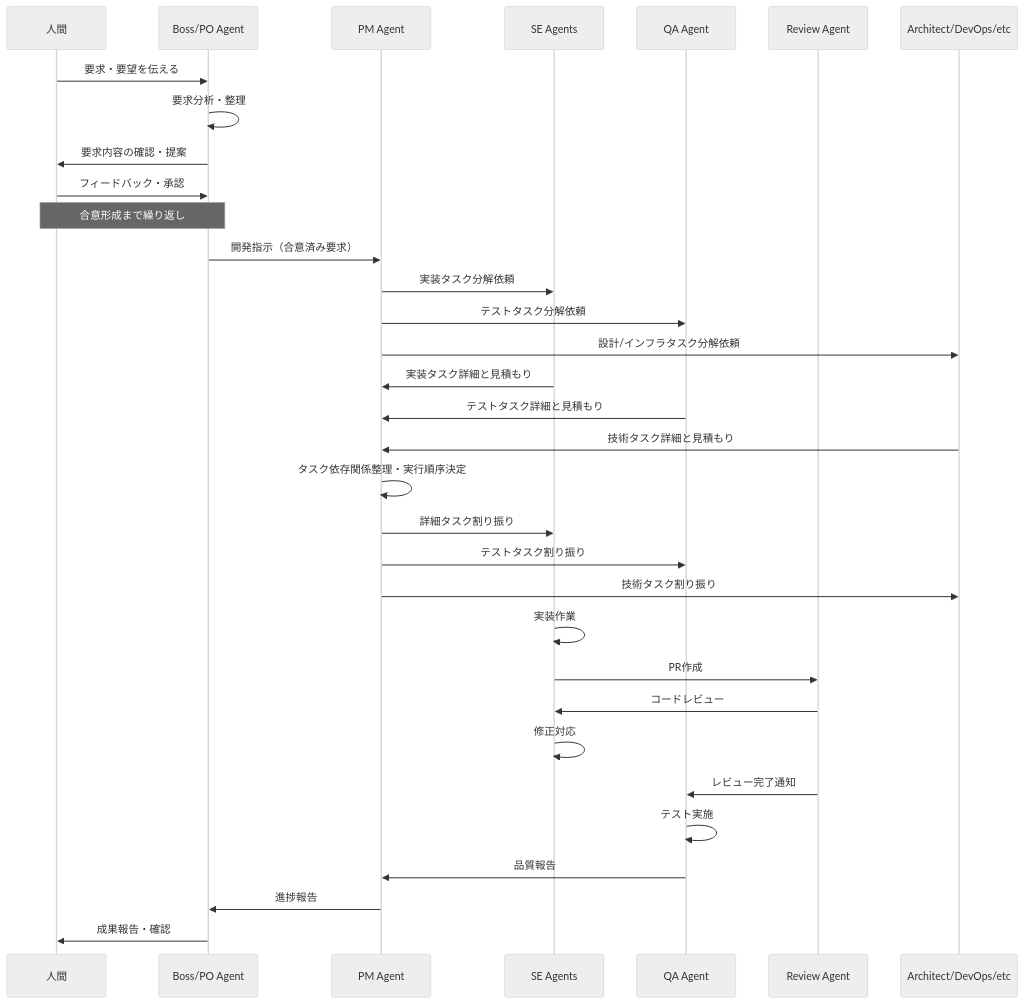
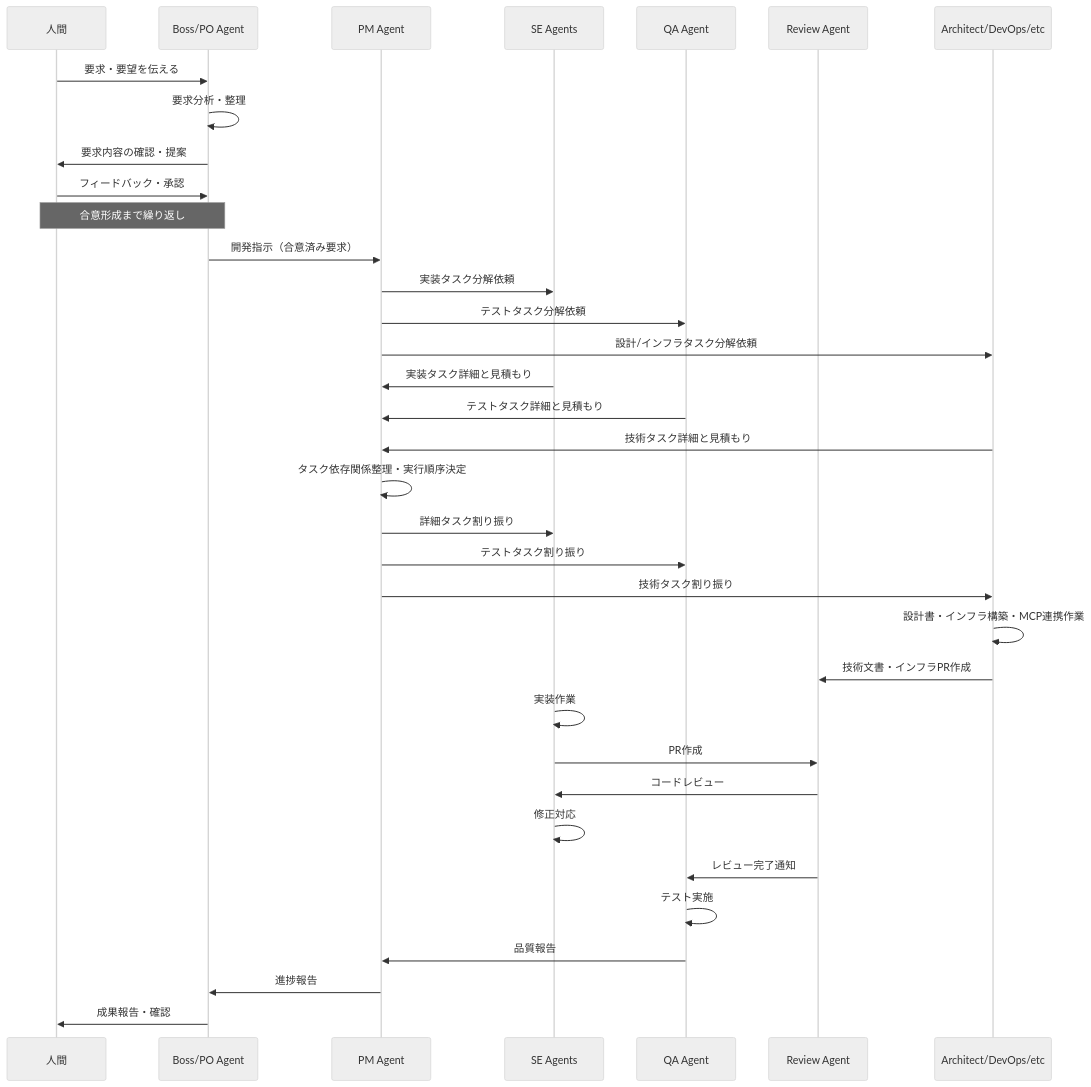
The diagram in docs/development-flow/requirements/OCD_multi_claude_code_system.md (norinoriver/ai-multi-agent), drawn with Mermaid (neutral theme) before and after one commit. The commit also changed other lines of this file and 3 other files, not shown here.

First line of the commit message:
fix: Architect AgentのGitワークフロー統合を全ドキュメントで修正

````diff
--- a/docs/development-flow/requirements/OCD_multi_claude_code_system.md
+++ b/docs/development-flow/requirements/OCD_multi_claude_code_system.md
@@ -79,36 +79,38 @@
 ```mermaid
 sequenceDiagram
     participant Human as 人間
     participant Boss as Boss/PO Agent
     participant PM as PM Agent
     participant SE as SE Agents
     participant QA as QA Agent
     participant Review as Review Agent
     participant Arch as Architect/DevOps/etc
     
     Human->>Boss: 要求・要望を伝える
     Boss->>Boss: 要求分析・整理
     Boss->>Human: 要求内容の確認・提案
     Human->>Boss: フィードバック・承認
     Note over Human,Boss: 合意形成まで繰り返し
     Boss->>PM: 開発指示（合意済み要求）
     PM->>SE: 実装タスク分解依頼
     PM->>QA: テストタスク分解依頼
     PM->>Arch: 設計/インフラタスク分解依頼
     SE->>PM: 実装タスク詳細と見積もり
     QA->>PM: テストタスク詳細と見積もり
     Arch->>PM: 技術タスク詳細と見積もり
     PM->>PM: タスク依存関係整理・実行順序決定
     PM->>SE: 詳細タスク割り振り
     PM->>QA: テストタスク割り振り
     PM->>Arch: 技術タスク割り振り
+    Arch->>Arch: 設計書・インフラ構築・MCP連携作業
+    Arch->>Review: 技術文書・インフラPR作成
     SE->>SE: 実装作業
     SE->>Review: PR作成
     Review->>SE: コードレビュー
     SE->>SE: 修正対応
     Review->>QA: レビュー完了通知
     QA->>QA: テスト実施
     QA->>PM: 品質報告
     PM->>Boss: 進捗報告
     Boss->>Human: 成果報告・確認
 ```
````
